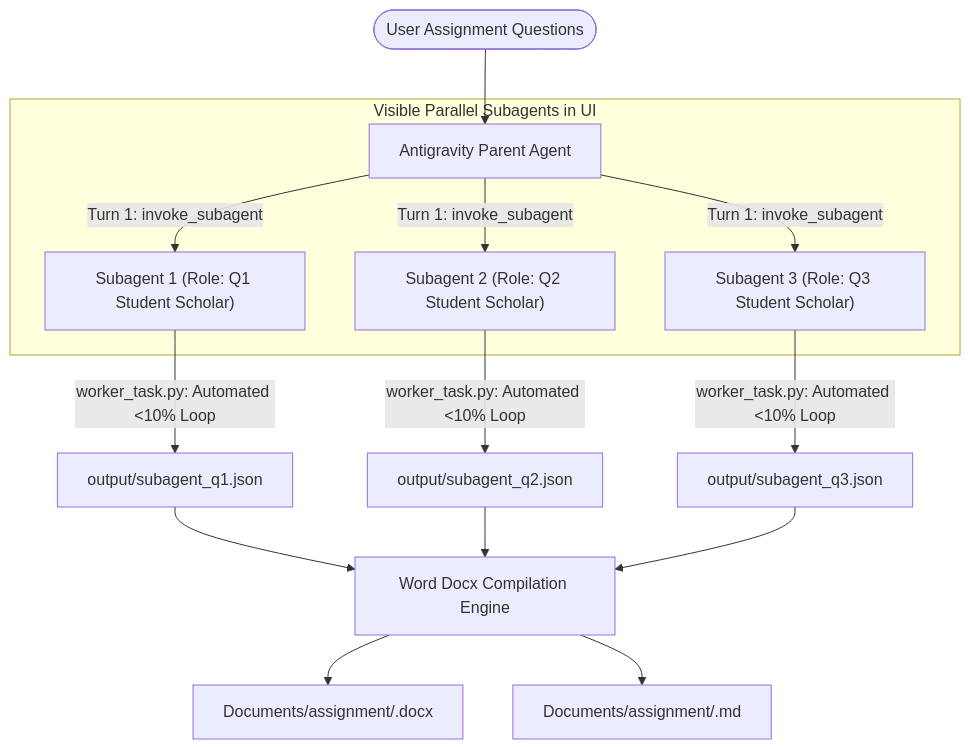
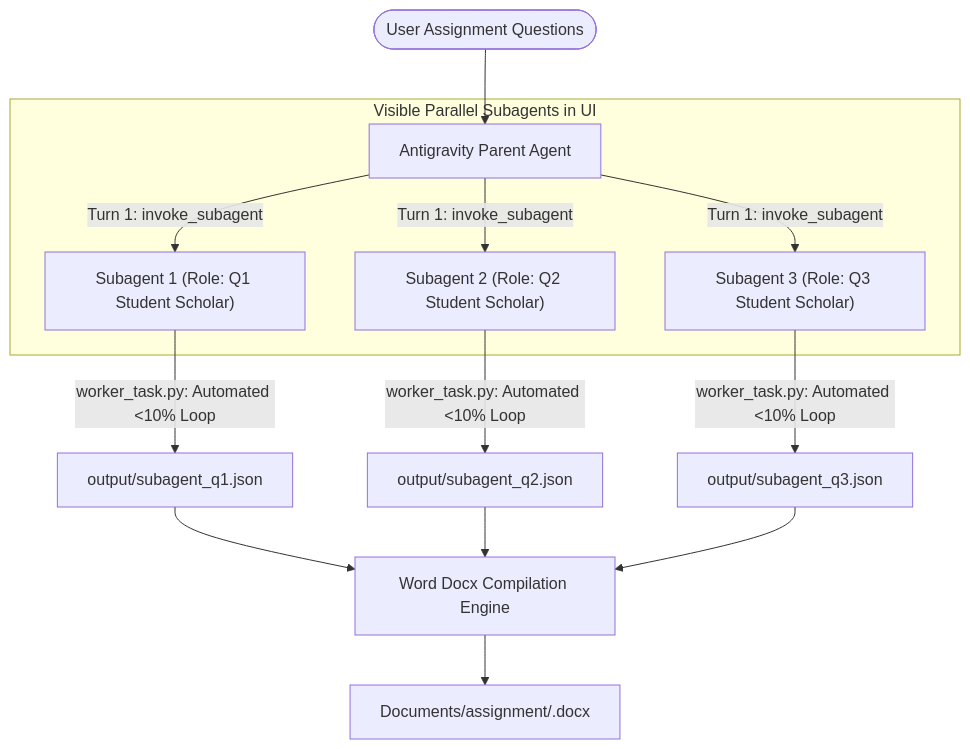
The diagram in README.md (raj18-dev/qa-humanizer-v2), drawn with Mermaid before and after one commit. The commit also changed other lines of this file and 1 other file, not shown here.

````diff
--- a/README.md
+++ b/README.md
@@ -26,18 +26,17 @@
 ```mermaid
 flowchart TD
     User([User Assignment Questions]) --> Antigravity[Antigravity Parent Agent]
     
     subgraph SubagentPool ["Visible Parallel Subagents in UI"]
         Antigravity -->|Turn 1: invoke_subagent| SA1["Subagent 1 (Role: Q1 Student Scholar)"]
         Antigravity -->|Turn 1: invoke_subagent| SA2["Subagent 2 (Role: Q2 Student Scholar)"]
         Antigravity -->|Turn 1: invoke_subagent| SA3["Subagent 3 (Role: Q3 Student Scholar)"]
     end
     
     SA1 -->|worker_task.py: Automated <10% Loop| O1[output/subagent_q1.json]
     SA2 -->|worker_task.py: Automated <10% Loop| O2[output/subagent_q2.json]
     SA3 -->|worker_task.py: Automated <10% Loop| O3[output/subagent_q3.json]
     
     O1 & O2 & O3 --> Assembler[Word Docx Compilation Engine]
     Assembler --> Docx["Documents/assignment/<Dossier_Name>.docx"]
-    Assembler --> MD["Documents/assignment/<Dossier_Name>.md"]
 ```
````
